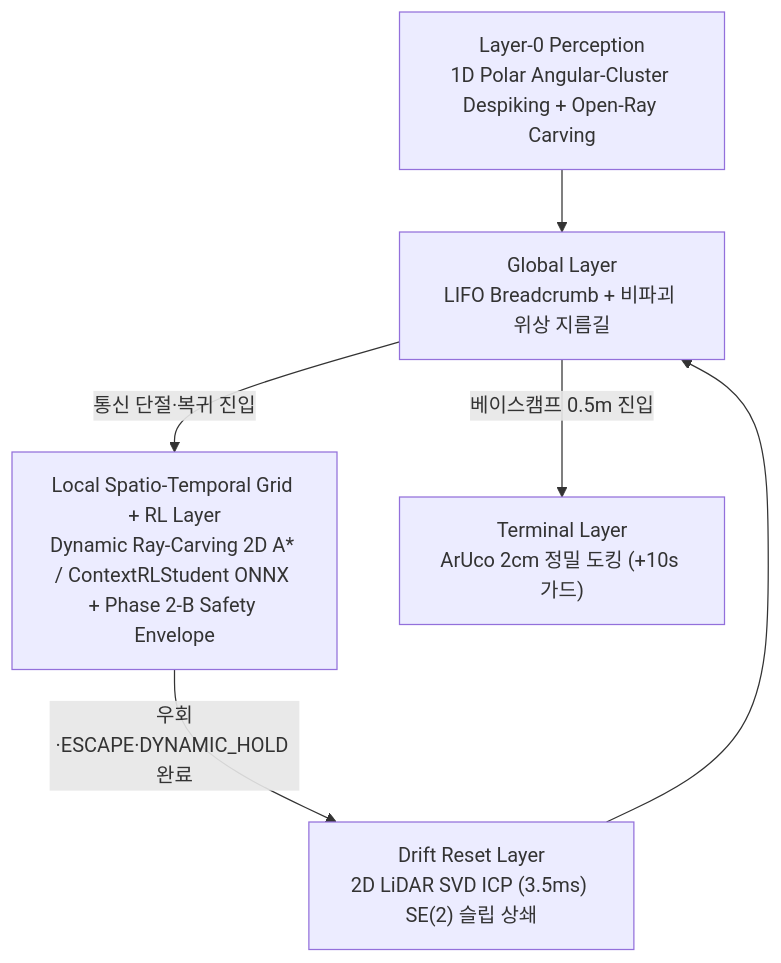
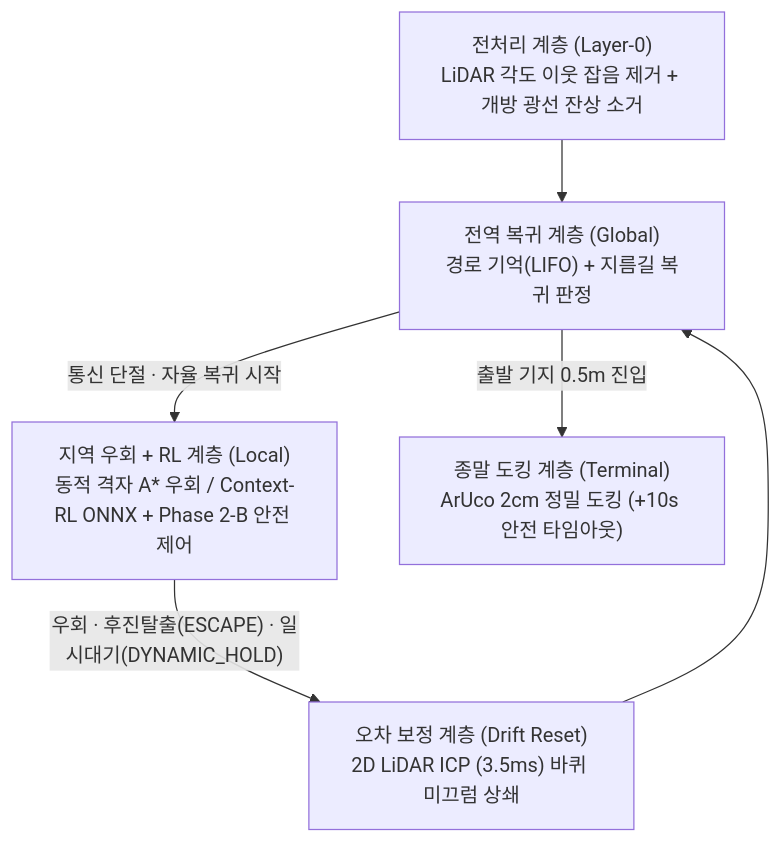
One commit to rjw136-lab/disaster_recovery_ws changed the third of 3 diagrams in README.md. Above: the diagram before and after it, drawn with Mermaid. The commit also changed other lines of this file and 2 other files, not shown here.

````diff
--- a/README.md
+++ b/README.md
@@ -238,8 +238,8 @@
 ```mermaid
 flowchart TD
-    S["Layer-0 Perception<br/>1D Polar Angular-Cluster Despiking + Open-Ray Carving"] --> G["Global Layer<br/>LIFO Breadcrumb + 비파괴 위상 지름길"]
-    G -->|"통신 단절·복귀 진입"| L["Local Spatio-Temporal Grid + RL Layer<br/>Dynamic Ray-Carving 2D A* / ContextRLStudent ONNX + Phase 2-B Safety Envelope"]
-    L -->|"우회·ESCAPE·DYNAMIC_HOLD 완료"| D["Drift Reset Layer<br/>2D LiDAR SVD ICP (3.5ms) SE(2) 슬립 상쇄"]
+    S["전처리 계층 (Layer-0)<br/>LiDAR 각도 이웃 잡음 제거 + 개방 광선 잔상 소거"] --> G["전역 복귀 계층 (Global)<br/>경로 기억(LIFO) + 지름길 복귀 판정"]
+    G -->|"통신 단절 · 자율 복귀 시작"| L["지역 우회 + RL 계층 (Local)<br/>동적 격자 A* 우회 / Context-RL ONNX + Phase 2-B 안전 제어"]
+    L -->|"우회 · 후진탈출(ESCAPE) · 일시대기(DYNAMIC_HOLD)"| D["오차 보정 계층 (Drift Reset)<br/>2D LiDAR ICP (3.5ms) 바퀴 미끄럼 상쇄"]
     D --> G
-    G -->|"베이스캠프 0.5m 진입"| T["Terminal Layer<br/>ArUco 2cm 정밀 도킹 (+10s 가드)"]
+    G -->|"출발 기지 0.5m 진입"| T["종말 도킹 계층 (Terminal)<br/>ArUco 2cm 정밀 도킹 (+10s 안전 타임아웃)"]
 ```
````
